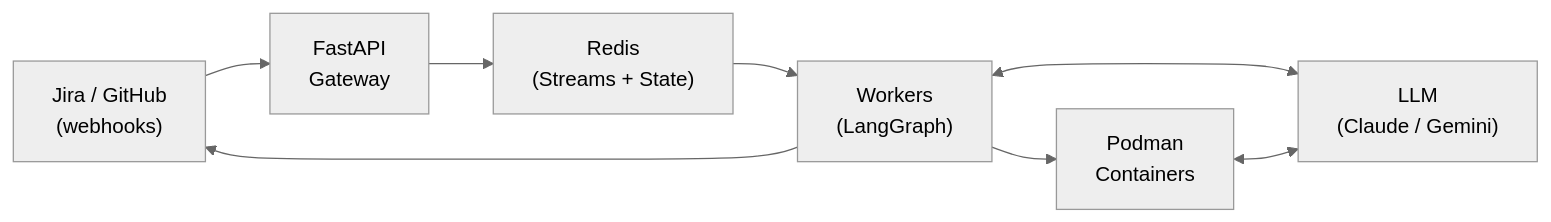
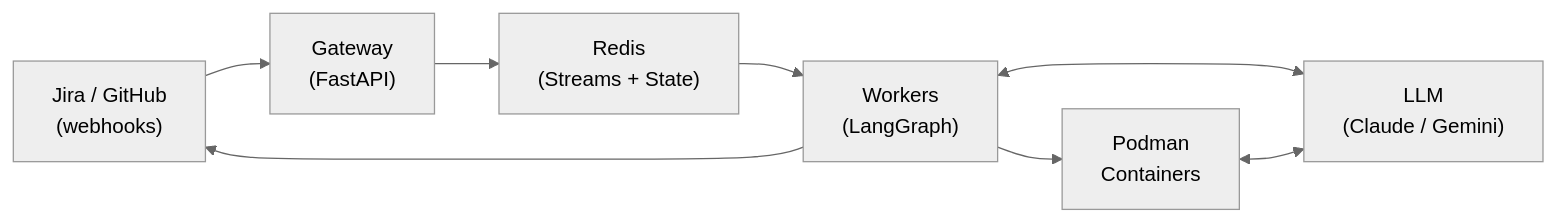
One commit to ekuris-redhat/forge changed the first of 5 diagrams in docs/architecture.md. Above: the diagram before and after it, drawn with Mermaid (neutral theme). The commit also changed other lines of this file, not shown here.

Commit message:
Rewrite high-level architecture section with accurate component descriptions

````diff
--- a/docs/architecture.md
+++ b/docs/architecture.md
@@ -9,10 +15,10 @@
 ```mermaid
 flowchart LR
-    A["Jira / GitHub\n(webhooks)"] --> B["FastAPI\nGateway"]
+    A["Jira / GitHub\n(webhooks)"] --> B["Gateway\n(FastAPI)"]
     B --> C["Redis\n(Streams + State)"]
     C --> D["Workers\n(LangGraph)"]
     D --> E["Podman\nContainers"]
     D <--> F["LLM\n(Claude / Gemini)"]
     E <--> F
     D --> A
 ```
````
